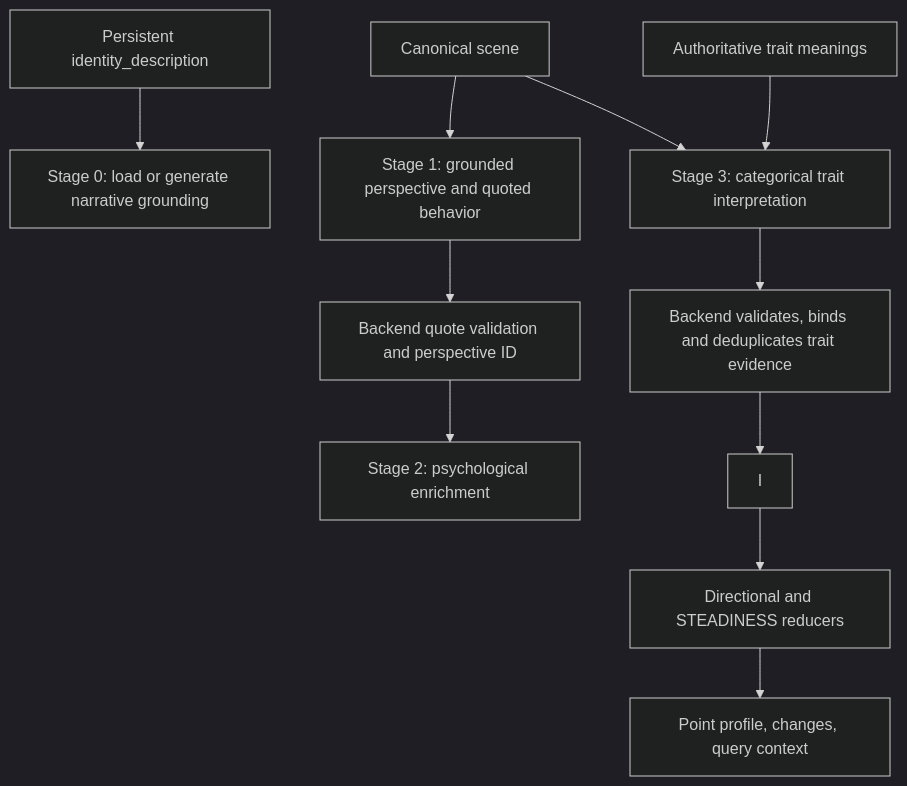
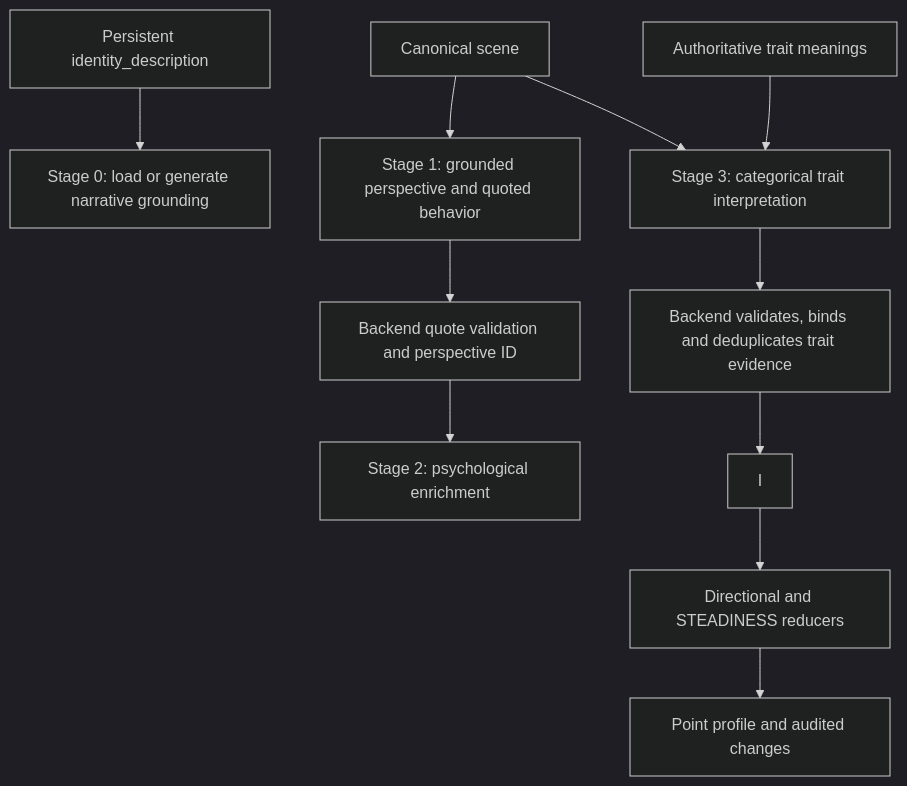
The diagram in Documentation/Agents/CharacterAgent/Dispositional Traits.md (pablovin/Shrecknet), drawn with Mermaid (dark theme) before and after one commit. The commit also changed other lines of this file and 11 other files, not shown here.

````diff
--- a/Documentation/Agents/CharacterAgent/Dispositional Traits.md
+++ b/Documentation/Agents/CharacterAgent/Dispositional Traits.md
@@ -65,13 +65,13 @@
 ```mermaid
 flowchart TD
     A[Persistent identity_description] --> B[Stage 0: load or generate narrative grounding]
     C[Canonical scene] --> D[Stage 1: grounded perspective and quoted behavior]
     C --> F[Stage 3: categorical trait interpretation]
     D --> E[Backend quote validation and perspective ID]
     T[Authoritative trait meanings] --> F
     E --> G[Stage 2: psychological enrichment]
     F --> H[Backend validates, binds and deduplicates trait evidence]
     H --> I
     I --> J[Directional and STEADINESS reducers]
-    J --> K[Point profile, changes, query context]
+    J --> K[Point profile and audited changes]
 ```
````
